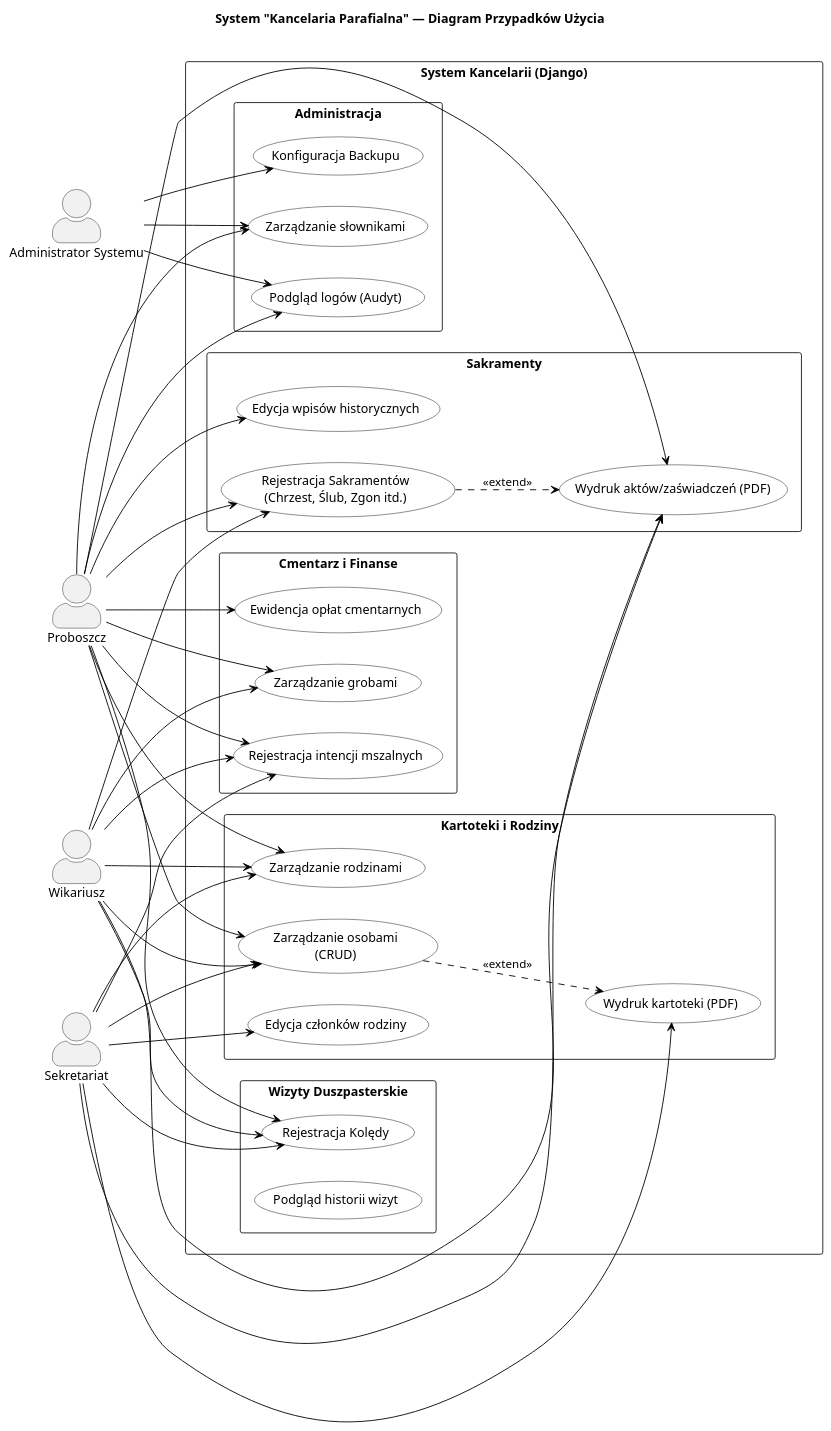
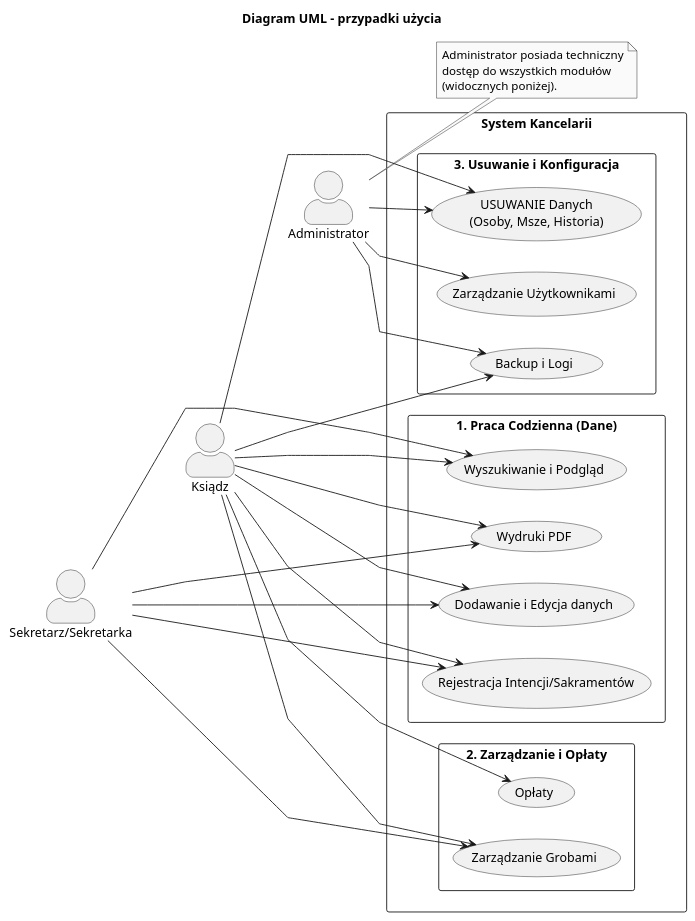
Before and after one commit to andre8255/projekt_kancelaria: the diagram in use_case.puml, drawn with PlantUML. The commit also changed 22 other files, not shown here.

```diff
--- a/use_case.puml
+++ b/use_case.puml
@@ -1,98 +1,82 @@
 @startuml use_case
-title System "Kancelaria Parafialna" — Diagram Przypadków Użycia
+title Diagram UML - przypadki użycia
 left to right direction
 
-' --- KONFIGURACJA STYLU (CZYTELNOŚĆ) ---
+' --- USTAWIENIA GRAFICZNE ---
+skinparam monochrome true
+skinparam shadowing false
 skinparam packageStyle rectangle
-skinparam shadowing false
 skinparam actorStyle awesome
-skinparam usecase {
-    BackgroundColor White
-    BorderColor Black
-    ArrowColor Black
-}
+' polyline = linie łamane, nie zaokrąglone 
+skinparam linetype polyline 
 
 ' --- AKTORZY ---
-' Rozdzielamy Księdza na Proboszcza (szefa) i Wikarego (pomoc), 
-' chyba że w systemie mają te same prawa - wtedy zostaw jednego "Księdza".
-actor "Proboszcz" as P
-actor "Wikariusz" as W
-actor "Sekretariat" as S
-actor "Administrator Systemu" as A
+actor "Sekretarz/Sekretarka" as S
+actor "Ksiądz" as K
+actor "Administrator" as A
 
-rectangle "System Kancelarii (Django)" {
+' Wymuszenie odstępów pionowych (S na górze, A na dole)
+S -[hidden]- K
+K -[hidden]- A
 
-    package "Kartoteki i Rodziny" {
-        usecase "Zarządzanie osobami\n(CRUD)" as UC_Osoby
-        usecase "Zarządzanie rodzinami" as UC_Rodziny
-        usecase "Edycja członków rodziny" as UC_Czlonkowie
-        usecase "Wydruk kartoteki (PDF)" as UC_Print_Karta
+rectangle "System Kancelarii" {
+
+    ' PAKIET 1: Góra (Dla Sekretarza/Sekretarki i Księdza)
+    package "1. Praca Codzienna (Dane)" {
+        usecase "Wyszukiwanie i Podgląd" as UC_View
+        usecase "Dodawanie i Edycja danych" as UC_Edit
+        usecase "Rejestracja Intencji/Sakramentów" as UC_Add
+        usecase "Wydruki PDF" as UC_Print
     }
 
-    package "Wizyty Duszpasterskie" {
-        usecase "Rejestracja Kolędy" as UC_Koleda
-        usecase "Podgląd historii wizyt" as UC_Koleda_View
+    ' PAKIET 2: Środek (Dla Księdza)
+    package "2. Zarządzanie i Opłaty" {
+        usecase "Zarządzanie Grobami" as UC_Groby
+        usecase "Opłaty" as UC_Oplaty
     }
 
-    package "Sakramenty" {
-        usecase "Rejestracja Sakramentów\n(Chrzest, Ślub, Zgon itd.)" as UC_Sakramenty
-        usecase "Edycja wpisów historycznych" as UC_Sakr_Edit
-        usecase "Wydruk aktów/zaświadczeń (PDF)" as UC_Print_Sakr
-    }
-
-    package "Cmentarz i Finanse" {
-        usecase "Zarządzanie grobami" as UC_Groby
-        usecase "Ewidencja opłat cmentarnych" as UC_Oplaty
-        usecase "Rejestracja intencji mszalnych" as UC_Intencje
-    }
-
-    package "Administracja" {
-        usecase "Zarządzanie słownikami" as UC_Slowniki
-        usecase "Konfiguracja Backupu" as UC_Backup
-        usecase "Podgląd logów (Audyt)" as UC_Logs
+    ' PAKIET 3: Dół (Dla Księdza i Admina)
+    package "3. Usuwanie i Konfiguracja" {
+        usecase "USUWANIE Danych\n(Osoby, Msze, Historia)" as UC_Delete
+        usecase "Zarządzanie Użytkownikami" as UC_Users
+        usecase "Backup i Logi" as UC_Config
     }
 }
 
-' --- PRZYPISANIE UPRAWNIEŃ (JAWNE LINIE) ---
+' --- POŁĄCZENIA ---
 
-' 1. SEKRETARIAT (Tylko podstawowe prace biurowe)
-S --> UC_Osoby
-S --> UC_Rodziny
-S --> UC_Czlonkowie
-S --> UC_Koleda
-S --> UC_Print_Karta
-S --> UC_Print_Sakr
-S --> UC_Intencje
+' 1. SEKRETARIAT (Tylko górny pakiet + Groby)
+' Używamy krótkich strzałek (->)
+S --> UC_View
+S --> UC_Edit
+S --> UC_Add
+S --> UC_Print
+S --> UC_Groby
 
-' 2. WIKARIUSZ (To co sekretariat + edycja sakramentów + cmentarz)
-W --> UC_Osoby
-W --> UC_Rodziny
-W --> UC_Koleda
-W --> UC_Sakramenty
-W --> UC_Print_Sakr
-W --> UC_Intencje
-W --> UC_Groby
+' 2. KSIĄDZ (Środek diagramu)
+' Ma dostęp do góry (dłuższe strzałki)
+K --> UC_View
+K --> UC_Edit
+K --> UC_Add
+K --> UC_Print
+' Ma dostęp do środka (krótkie strzałki)
+K --> UC_Groby
+K --> UC_Oplaty
+' Ma dostęp do usuwania i configu (dół)
+K --> UC_Delete
+K --> UC_Config
 
-' 3. PROBOSZCZ (Ma dostęp do WSZYSTKIEGO, w tym finansów i edycji historii)
-P --> UC_Osoby
-P --> UC_Rodziny
-P --> UC_Koleda
-P --> UC_Sakramenty
-P --> UC_Sakr_Edit
-P --> UC_Print_Sakr
-P --> UC_Intencje
-P --> UC_Groby
-P --> UC_Oplaty
-P --> UC_Slowniki
-P --> UC_Logs
+' 3. ADMIN (Dół diagramu)
+' Łączymy tylko z jego specyficznymi zadaniami, żeby nie zamazać obrazu
+A --> UC_Users
+A --> UC_Config
+A --> UC_Delete
 
-' 4. ADMINISTRATOR (Techniczny)
-A --> UC_Backup
-A --> UC_Slowniki
-A --> UC_Logs
-
-' --- POWIĄZANIA DODATKOWE ---
-UC_Osoby ..> UC_Print_Karta : <<extend>>
-UC_Sakramenty ..> UC_Print_Sakr : <<extend>>
+' Dodajemy notatkę, żeby nie ciągnąć 10 linii od Admina do góry
+note right of A
+  Administrator posiada techniczny
+  dostęp do wszystkich modułów
+  (widocznych poniżej).
+end note
 
 @enduml
```
